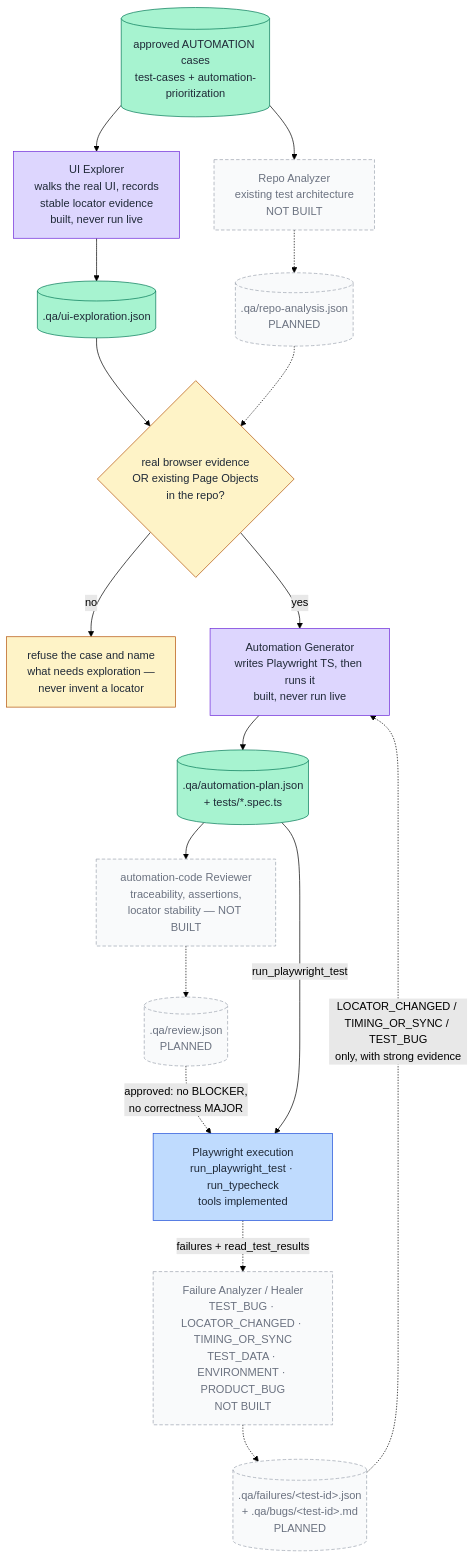
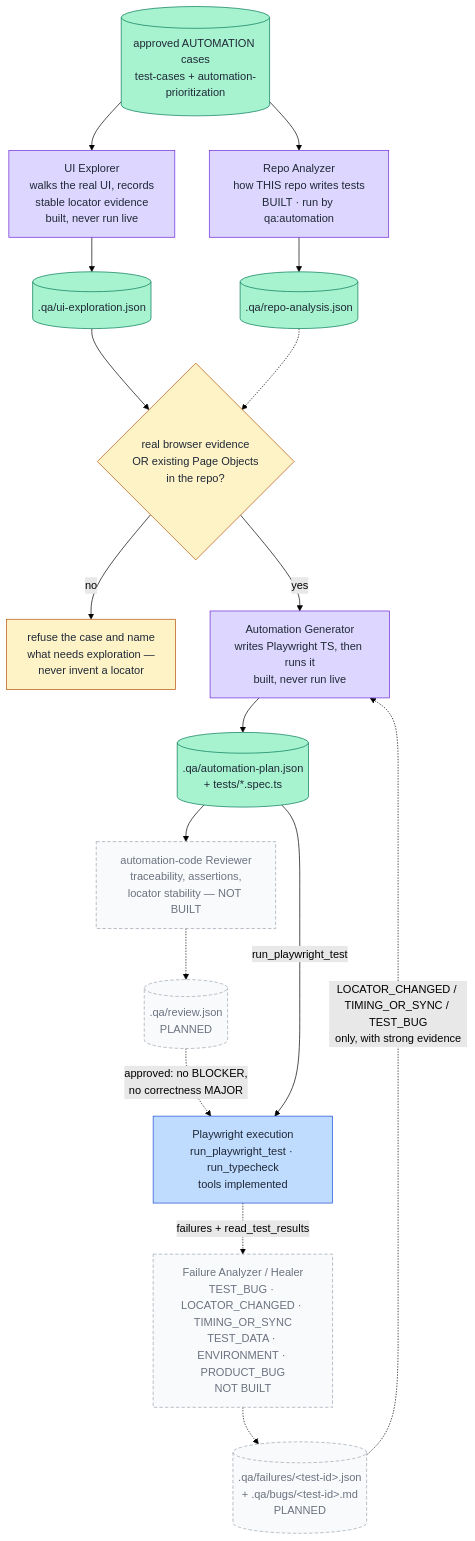
Before and after one commit to zarkonua/flue-qa-agents: the diagram in docs/architecture/agent-workflow.md, drawn with Mermaid (forest theme). The commit also changed other lines of this file and 12 other files, not shown here.

Commit message:
Phase 2 stage 1: Repo Analyzer

````diff
--- a/docs/architecture/agent-workflow.md
+++ b/docs/architecture/agent-workflow.md
@@ -11,45 +11,45 @@
 ```mermaid
 flowchart TB
     classDef agent fill:#ddd6fe,stroke:#6d28d9,color:#1f2937
     classDef planagent fill:#f9fafb,stroke:#9ca3af,color:#6b7280,stroke-dasharray:5 3
     classDef artifact fill:#a7f3d0,stroke:#047857,color:#1f2937
     classDef planartifact fill:#f9fafb,stroke:#9ca3af,color:#6b7280,stroke-dasharray:5 3
     classDef gate fill:#fef3c7,stroke:#b45309,color:#1f2937
     classDef exec fill:#bfdbfe,stroke:#1d4ed8,color:#1f2937
 
     approved[("approved AUTOMATION cases<br/>test-cases + automation-prioritization")]:::artifact
 
-    repoanalyzer["Repo Analyzer<br/>existing test architecture<br/>NOT BUILT"]:::planagent
-    a4[(".qa/repo-analysis.json<br/>PLANNED")]:::planartifact
+    repoanalyzer["Repo Analyzer<br/>how THIS repo writes tests<br/>BUILT · run by qa:automation"]:::agent
+    a4[(".qa/repo-analysis.json")]:::artifact
 
     explorer["UI Explorer<br/>walks the real UI, records<br/>stable locator evidence<br/>built, never run live"]:::agent
     a5[(".qa/ui-exploration.json")]:::artifact
 
     gate{"real browser evidence<br/>OR existing Page Objects<br/>in the repo?"}:::gate
     refuse["refuse the case and name<br/>what needs exploration —<br/>never invent a locator"]:::gate
 
     generator["Automation Generator<br/>writes Playwright TS, then runs it<br/>built, never run live"]:::agent
     a6[(".qa/automation-plan.json<br/>+ tests/*.spec.ts")]:::artifact
 
     reviewer["automation-code Reviewer<br/>traceability, assertions,<br/>locator stability — NOT BUILT"]:::planagent
     a7[(".qa/review.json<br/>PLANNED")]:::planartifact
 
     exec["Playwright execution<br/>run_playwright_test · run_typecheck<br/>tools implemented"]:::exec
 
     analyzer["Failure Analyzer / Healer<br/>TEST_BUG · LOCATOR_CHANGED · TIMING_OR_SYNC<br/>TEST_DATA · ENVIRONMENT · PRODUCT_BUG<br/>NOT BUILT"]:::planagent
     a8[(".qa/failures/&lt;test-id&gt;.json<br/>+ .qa/bugs/&lt;test-id&gt;.md<br/>PLANNED")]:::planartifact
 
     approved --> repoanalyzer
-    repoanalyzer -.-> a4
+    repoanalyzer --> a4
     approved --> explorer --> a5 --> gate
     a4 -.-> gate
     gate -->|"no"| refuse
     gate -->|"yes"| generator --> a6
     a6 --> reviewer
     reviewer -.-> a7
     a7 -.->|"approved: no BLOCKER,<br/>no correctness MAJOR"| exec
     a6 -->|"run_playwright_test"| exec
     exec -.->|"failures + read_test_results"| analyzer
     analyzer -.-> a8
     a8 -.->|"LOCATOR_CHANGED / TIMING_OR_SYNC / TEST_BUG<br/>only, with strong evidence"| generator
 ```
````
